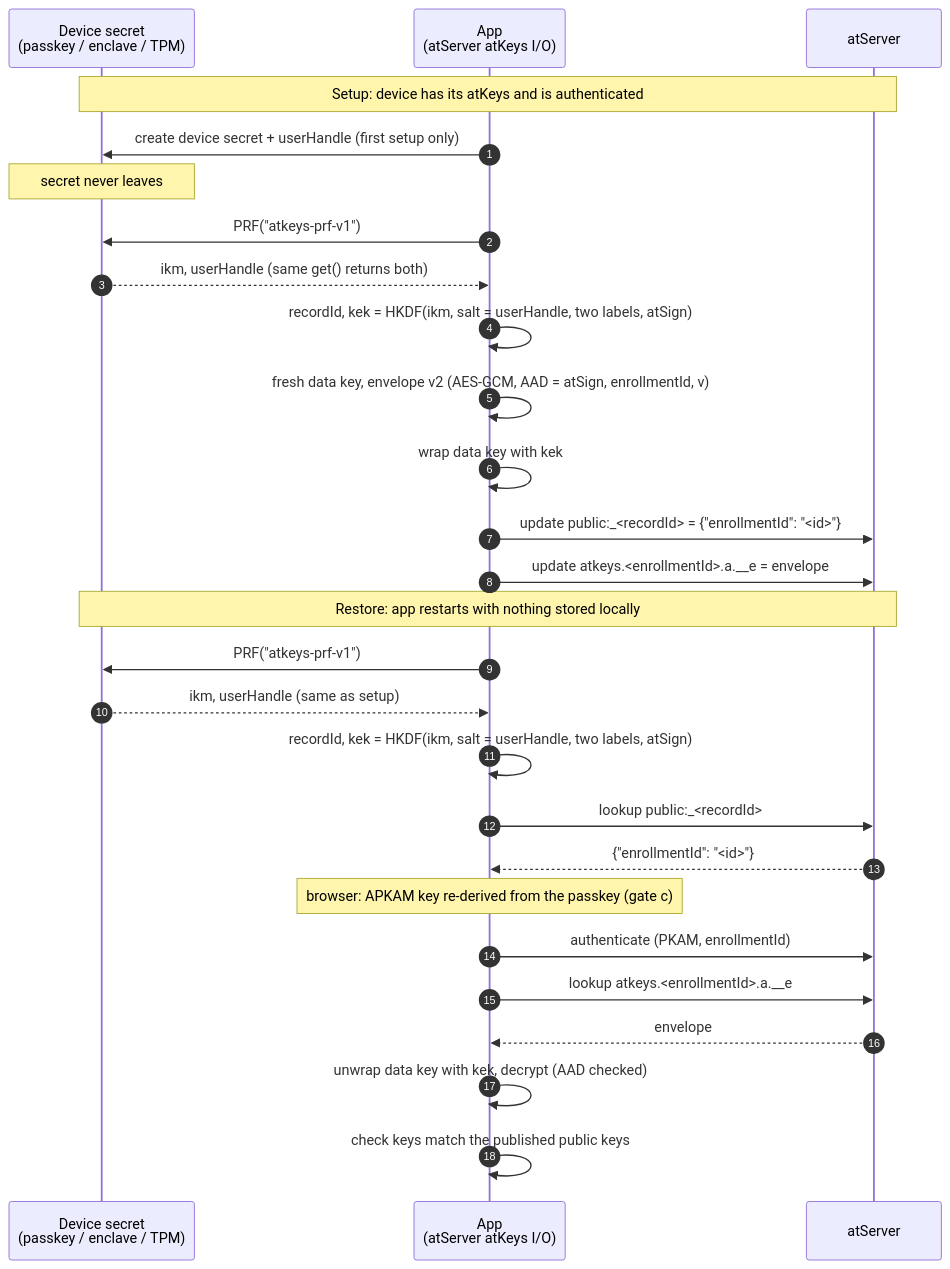
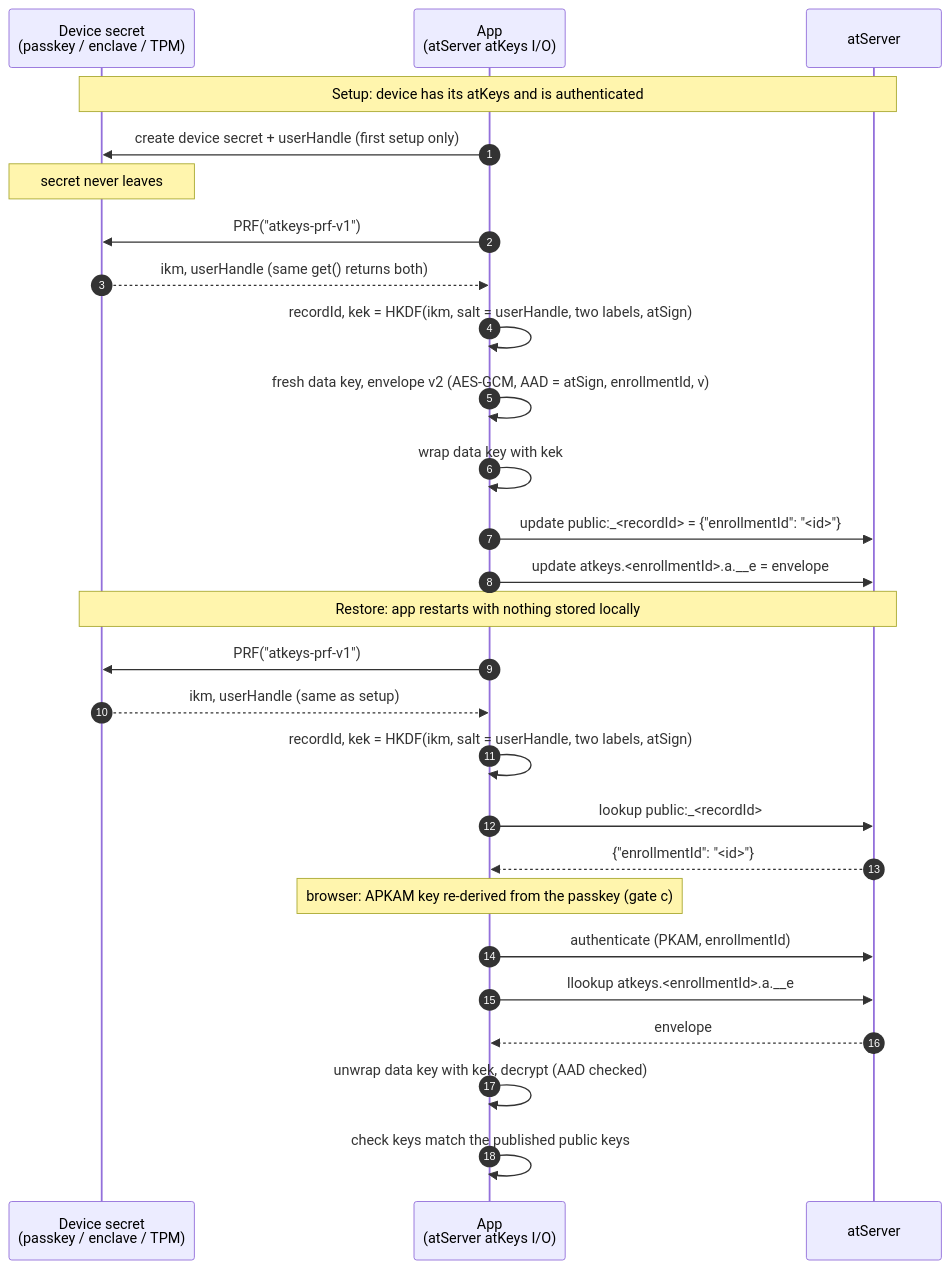
The diagram in docs/projects/key-sources/prf-server-keys-blob.md (atsign-foundation/at_client_sdk), drawn with Mermaid before and after one commit. The commit also changed 2 other files, not shown here.

Commit message:
docs: polish PR #2454 per review approval feedback
- Correct systemd re-measure date to 2026-11-05 in design.md
- Update design.md §8 bootstrap phrasing and reader capability text
- Use llookup for private record lookup in prf-server-keys-blob.md sequence diagram
- Strengthen consistency check 2d to strictly assert bootstrap JSON shape and write-back target

````diff
--- a/docs/projects/key-sources/prf-server-keys-blob.md
+++ b/docs/projects/key-sources/prf-server-keys-blob.md
@@ -97,31 +97,31 @@
 ```mermaid
 sequenceDiagram
     autonumber
     participant S as Device secret<br/>(passkey / enclave / TPM)
     participant A as App<br/>(atServer atKeys I/O)
     participant AS as atServer
 
     Note over S,AS: Setup: device has its atKeys and is authenticated
     A->>S: create device secret + userHandle (first setup only)
     Note over S: secret never leaves
     A->>S: PRF("atkeys-prf-v1")
     S-->>A: ikm, userHandle (same get() returns both)
     A->>A: recordId, kek = HKDF(ikm, salt = userHandle, two labels, atSign)
     A->>A: fresh data key, envelope v2 (AES-GCM, AAD = atSign, enrollmentId, v)
     A->>A: wrap data key with kek
     A->>AS: update public:_<recordId> = {"enrollmentId": "<id>"}
     A->>AS: update atkeys.<enrollmentId>.a.__e = envelope
 
     Note over S,AS: Restore: app restarts with nothing stored locally
     A->>S: PRF("atkeys-prf-v1")
     S-->>A: ikm, userHandle (same as setup)
     A->>A: recordId, kek = HKDF(ikm, salt = userHandle, two labels, atSign)
     A->>AS: lookup public:_<recordId>
     AS-->>A: {"enrollmentId": "<id>"}
     Note over A: browser: APKAM key re-derived from the passkey (gate c)
     A->>AS: authenticate (PKAM, enrollmentId)
-    A->>AS: lookup atkeys.<enrollmentId>.a.__e
+    A->>AS: llookup atkeys.<enrollmentId>.a.__e
     AS-->>A: envelope
     A->>A: unwrap data key with kek, decrypt (AAD checked)
     A->>A: check keys match the published public keys
 ```
````
